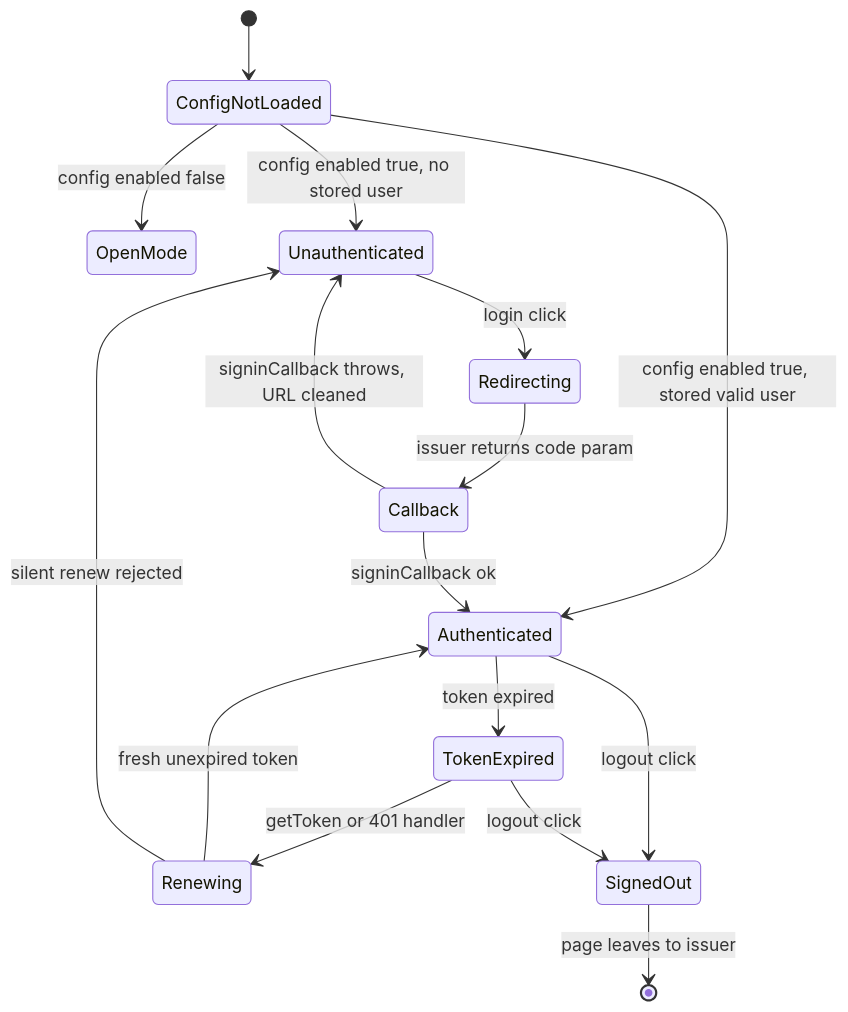
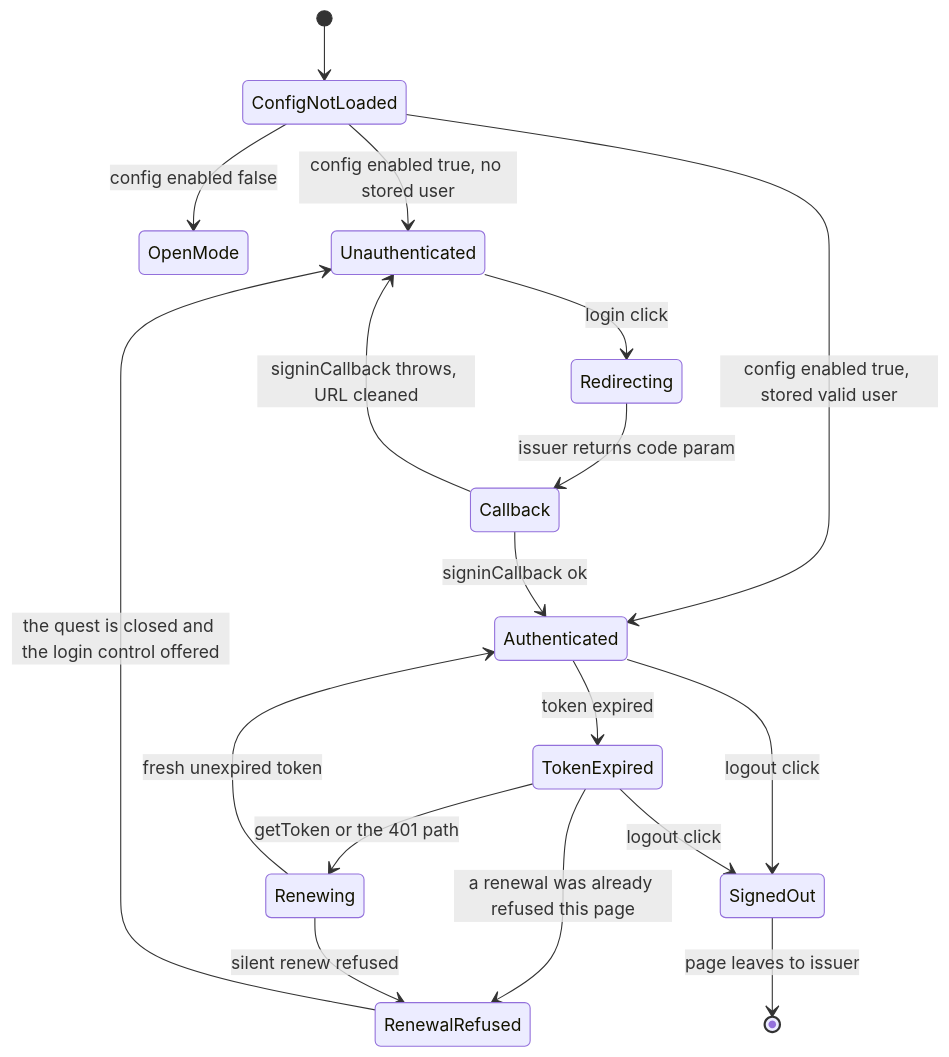
The second of 46 diagrams in docu/state-machines.md (ghmer/rego-adventure), drawn with Mermaid before and after one commit. The commit also changed other lines of this file and 77 other files, not shown here.

````diff
--- a/docu/state-machines.md
+++ b/docu/state-machines.md
@@ -151,18 +214,20 @@
 ```mermaid
 stateDiagram-v2
     [*] --> ConfigNotLoaded
     ConfigNotLoaded --> OpenMode : config enabled false
     ConfigNotLoaded --> Unauthenticated : config enabled true, no stored user
     ConfigNotLoaded --> Authenticated : config enabled true, stored valid user
     Unauthenticated --> Redirecting : login click
     Redirecting --> Callback : issuer returns code param
     Callback --> Authenticated : signinCallback ok
     Callback --> Unauthenticated : signinCallback throws, URL cleaned
     Authenticated --> TokenExpired : token expired
-    TokenExpired --> Renewing : getToken or 401 handler
+    TokenExpired --> Renewing : getToken or the 401 path
+    TokenExpired --> RenewalRefused : a renewal was already refused this page
     Renewing --> Authenticated : fresh unexpired token
-    Renewing --> Unauthenticated : silent renew rejected
+    Renewing --> RenewalRefused : silent renew refused
+    RenewalRefused --> Unauthenticated : the quest is closed and the login control offered
     Authenticated --> SignedOut : logout click
     TokenExpired --> SignedOut : logout click
     SignedOut --> [*] : page leaves to issuer
 ```
````
